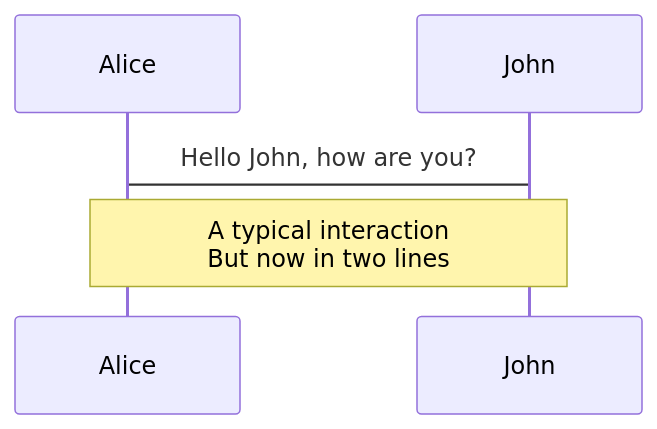
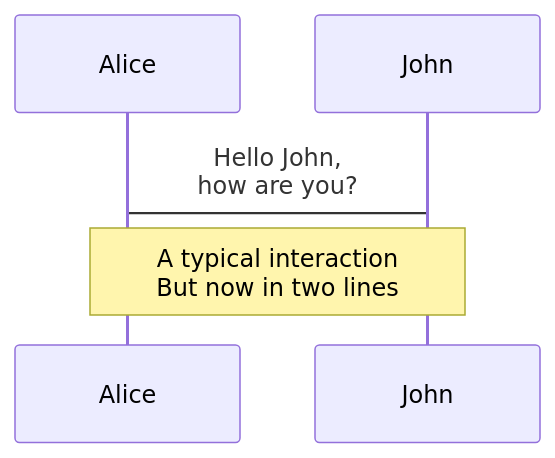
One commit to mermaid-js/mermaid changed diagram 12 of 26 in docs/syntax/sequenceDiagram.md. Above: the diagram before and after it, drawn with Mermaid. The commit also changed other lines of this file, not shown here.

````diff
--- a/docs/syntax/sequenceDiagram.md
+++ b/docs/syntax/sequenceDiagram.md
@@ -315,5 +317,5 @@
 ```mermaid
 sequenceDiagram
-    Alice->John: Hello John, how are you?
+    Alice->John: Hello John,<br/>how are you?
     Note over Alice,John: A typical interaction<br/>But now in two lines
 ```
````
